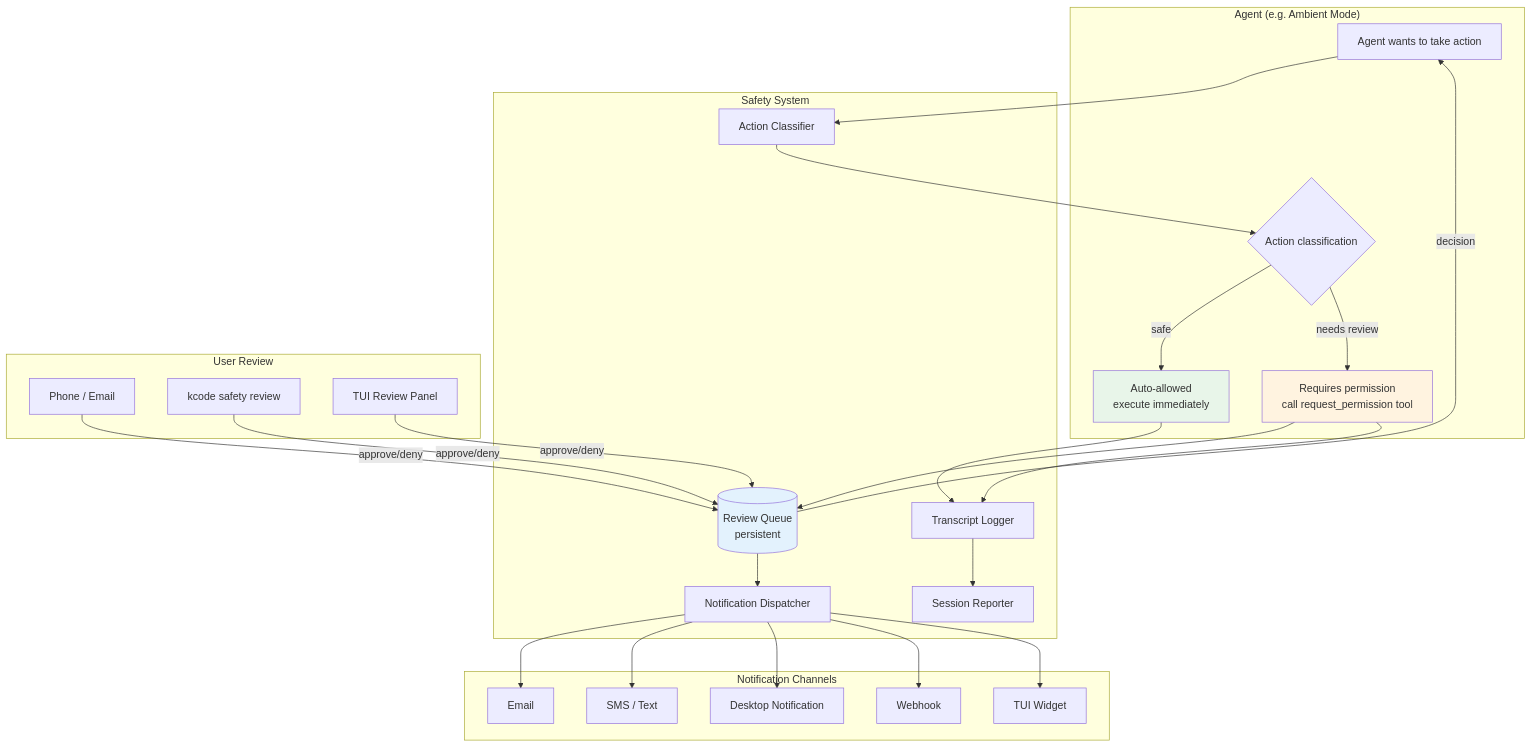
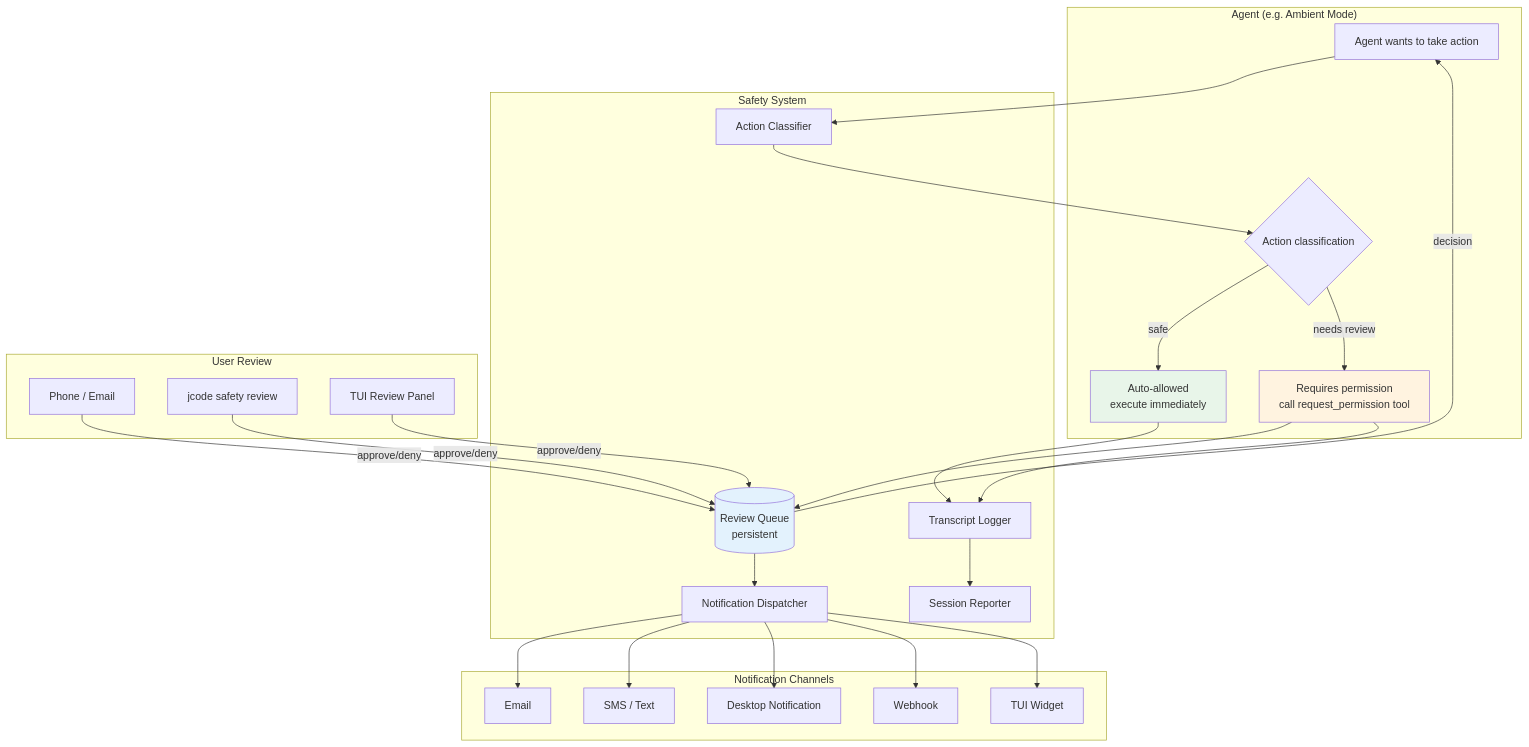
One commit to KooshaPari/KCode changed the first of 3 diagrams in docs/SAFETY_SYSTEM.md. Above: the diagram before and after it, drawn with Mermaid. The commit also changed other lines of this file and 3017 other files, not shown here.

First line of the commit message:
Revert "refactor(decollision): rename jcode to kcode (#33)" (#36)

````diff
--- a/docs/SAFETY_SYSTEM.md
+++ b/docs/SAFETY_SYSTEM.md
@@ -23,57 +23,57 @@
 ```mermaid
 graph TB
     subgraph "Agent (e.g. Ambient Mode)"
         A[Agent wants to take action]
         AC{Action classification}
         AUTO[Auto-allowed<br/>execute immediately]
         PERM[Requires permission<br/>call request_permission tool]
     end
 
     subgraph "Safety System"
         RQ[(Review Queue<br/>persistent)]
         CL[Action Classifier]
         NF[Notification Dispatcher]
         TL[Transcript Logger]
         SR[Session Reporter]
     end
 
     subgraph "Notification Channels"
         EM[Email]
         SM[SMS / Text]
         DN[Desktop Notification]
         WH[Webhook]
         TUI[TUI Widget]
     end
 
     subgraph "User Review"
         PH[Phone / Email]
-        CLI[kcode safety review]
+        CLI[jcode safety review]
         TW[TUI Review Panel]
     end
 
     A --> CL
     CL --> AC
     AC -->|safe| AUTO
     AC -->|needs review| PERM
 
     PERM --> RQ
     RQ --> NF
     NF --> EM
     NF --> SM
     NF --> DN
     NF --> WH
     NF --> TUI
 
     PH -->|approve/deny| RQ
     CLI -->|approve/deny| RQ
     TW -->|approve/deny| RQ
     RQ -->|decision| A
 
     AUTO --> TL
     PERM --> TL
     TL --> SR
 
     style AUTO fill:#e8f5e9
     style PERM fill:#fff3e0
     style RQ fill:#e3f2fd
 ```
````
